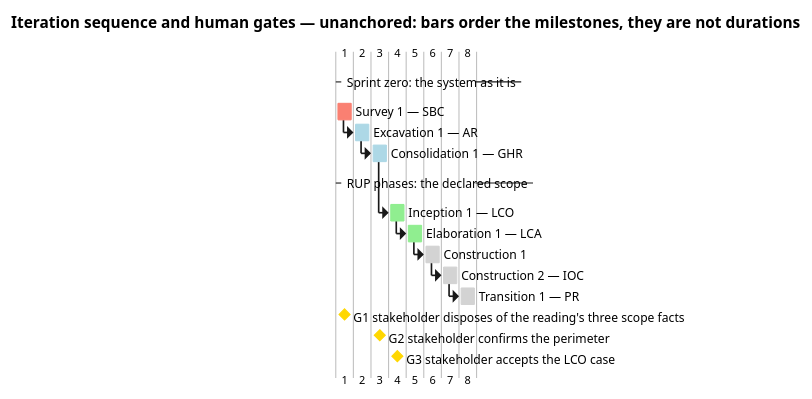
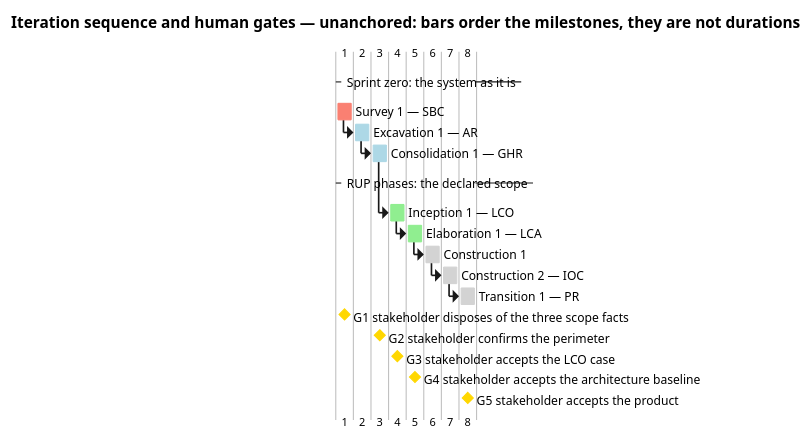
Before and after one commit to banense-test/TodoApp: the second of 4 diagrams in docs/artifacts/project-management/iteration-plan.md, drawn with PlantUML. The commit also changed other lines of this file, not shown here.

First line of the commit message:
Project Manager [Survey2]: upsert Iteration Plan

````diff
--- a/docs/artifacts/project-management/iteration-plan.md
+++ b/docs/artifacts/project-management/iteration-plan.md
@@ -100,51 +99,55 @@
 ```plantuml
 @startgantt
 title Iteration sequence and human gates — unanchored: bars order the milestones, they are not durations
 skinparam shadowing false
 
 -- Sprint zero: the system as it is --
 [Survey 1 — SBC] lasts 1 day
 [Excavation 1 — AR] lasts 1 day
 [Consolidation 1 — GHR] lasts 1 day
 
 -- RUP phases: the declared scope --
 [Inception 1 — LCO] lasts 1 day
 [Elaboration 1 — LCA] lasts 1 day
 [Construction 1] lasts 1 day
 [Construction 2 — IOC] lasts 1 day
 [Transition 1 — PR] lasts 1 day
 
 [Excavation 1 — AR] starts at [Survey 1 — SBC]'s end
 [Consolidation 1 — GHR] starts at [Excavation 1 — AR]'s end
 [Inception 1 — LCO] starts at [Consolidation 1 — GHR]'s end
 [Elaboration 1 — LCA] starts at [Inception 1 — LCO]'s end
 [Construction 1] starts at [Elaboration 1 — LCA]'s end
 [Construction 2 — IOC] starts at [Construction 1]'s end
 [Transition 1 — PR] starts at [Construction 2 — IOC]'s end
 
-[G1 stakeholder disposes of the reading's three scope facts] happens at [Survey 1 — SBC]'s end
+[G1 stakeholder disposes of the three scope facts] happens at [Survey 1 — SBC]'s end
 [G2 stakeholder confirms the perimeter] happens at [Consolidation 1 — GHR]'s start
 [G3 stakeholder accepts the LCO case] happens at [Inception 1 — LCO]'s end
+[G4 stakeholder accepts the architecture baseline] happens at [Elaboration 1 — LCA]'s end
+[G5 stakeholder accepts the product] happens at [Transition 1 — PR]'s end
 
 [Survey 1 — SBC] is colored in Salmon
 [Excavation 1 — AR] is colored in LightBlue
 [Consolidation 1 — GHR] is colored in LightBlue
 [Inception 1 — LCO] is colored in LightGreen
 [Elaboration 1 — LCA] is colored in LightGreen
 [Construction 1] is colored in LightGray
 [Construction 2 — IOC] is colored in LightGray
 [Transition 1 — PR] is colored in LightGray
-[G1 stakeholder disposes of the reading's three scope facts] is colored in Gold
+[G1 stakeholder disposes of the three scope facts] is colored in Gold
 [G2 stakeholder confirms the perimeter] is colored in Gold
 [G3 stakeholder accepts the LCO case] is colored in Gold
+[G4 stakeholder accepts the architecture baseline] is colored in Gold
+[G5 stakeholder accepts the product] is colored in Gold
 
 note bottom
   Every bar is the renderer's unit step, placed only to order the milestones:
   no iteration in this project has a measured elapsed time, so none is
   quoted and no bar is a duration. No project start date is given, because
-  none has been measured. The gold markers are human gates: queue time,
-  not work — ceiling 14 days each, estimate none, the actual reported apart
-  from agent time once the gate closes.
+  none has been measured. The five gold markers are human gates: queue time,
+  not work — ceiling 14 days each (R026), estimate none, the actual reported
+  apart from agent time once the gate closes.
 end note
 @endgantt
 ```
````
